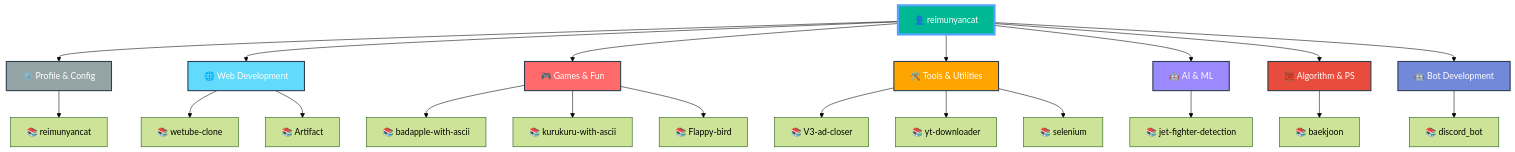
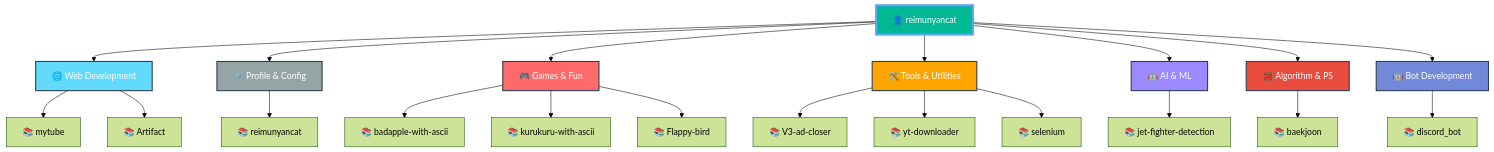
The diagram in README.md (reimunyancat/reimunyancat), drawn with Mermaid (forest theme) before and after one commit. The commit also changed other lines of this file, not shown here.

Commit message:
🤖 Auto-update README with latest repositories

````diff
--- a/README.md
+++ b/README.md
@@ -159,39 +159,39 @@
 ```mermaid
 graph TD
   A[👤 reimunyancat]
 
-  A --> CAT0[⚙️ Profile & Config]
-  CAT0 --> CAT0_0[📚 reimunyancat]
+  A --> CAT0[🌐 Web Development]
+  CAT0 --> CAT0_0[📚 mytube]
+  CAT0 --> CAT0_1[📚 Artifact]
 
-  A --> CAT1[🌐 Web Development]
-  CAT1 --> CAT1_0[📚 wetube-clone]
-  CAT1 --> CAT1_1[📚 Artifact]
+  A --> CAT1[⚙️ Profile & Config]
+  CAT1 --> CAT1_0[📚 reimunyancat]
 
   A --> CAT2[🎮 Games & Fun]
   CAT2 --> CAT2_0[📚 badapple-with-ascii]
   CAT2 --> CAT2_1[📚 kurukuru-with-ascii]
   CAT2 --> CAT2_2[📚 Flappy-bird]
 
   A --> CAT3[🛠️ Tools & Utilities]
   CAT3 --> CAT3_0[📚 V3-ad-closer]
   CAT3 --> CAT3_1[📚 yt-downloader]
   CAT3 --> CAT3_2[📚 selenium]
 
   A --> CAT4[🤖 AI & ML]
   CAT4 --> CAT4_0[📚 jet-fighter-detection]
 
   A --> CAT5[🧮 Algorithm & PS]
   CAT5 --> CAT5_0[📚 baekjoon]
 
   A --> CAT6[🤖 Bot Development]
   CAT6 --> CAT6_0[📚 discord_bot]
 
   style A fill:#00b894,stroke:#55a3ff,stroke-width:4px,color:#fff
-  style CAT0 fill:#95a5a6,stroke:#2c3e50,stroke-width:2px,color:#fff
-  style CAT1 fill:#61dafb,stroke:#2c3e50,stroke-width:2px,color:#fff
+  style CAT0 fill:#61dafb,stroke:#2c3e50,stroke-width:2px,color:#fff
+  style CAT1 fill:#95a5a6,stroke:#2c3e50,stroke-width:2px,color:#fff
   style CAT2 fill:#ff6b6b,stroke:#2c3e50,stroke-width:2px,color:#fff
   style CAT3 fill:#ffa500,stroke:#2c3e50,stroke-width:2px,color:#fff
   style CAT4 fill:#9c88ff,stroke:#2c3e50,stroke-width:2px,color:#fff
   style CAT5 fill:#e74c3c,stroke:#2c3e50,stroke-width:2px,color:#fff
   style CAT6 fill:#7289da,stroke:#2c3e50,stroke-width:2px,color:#fff
 ```
````
